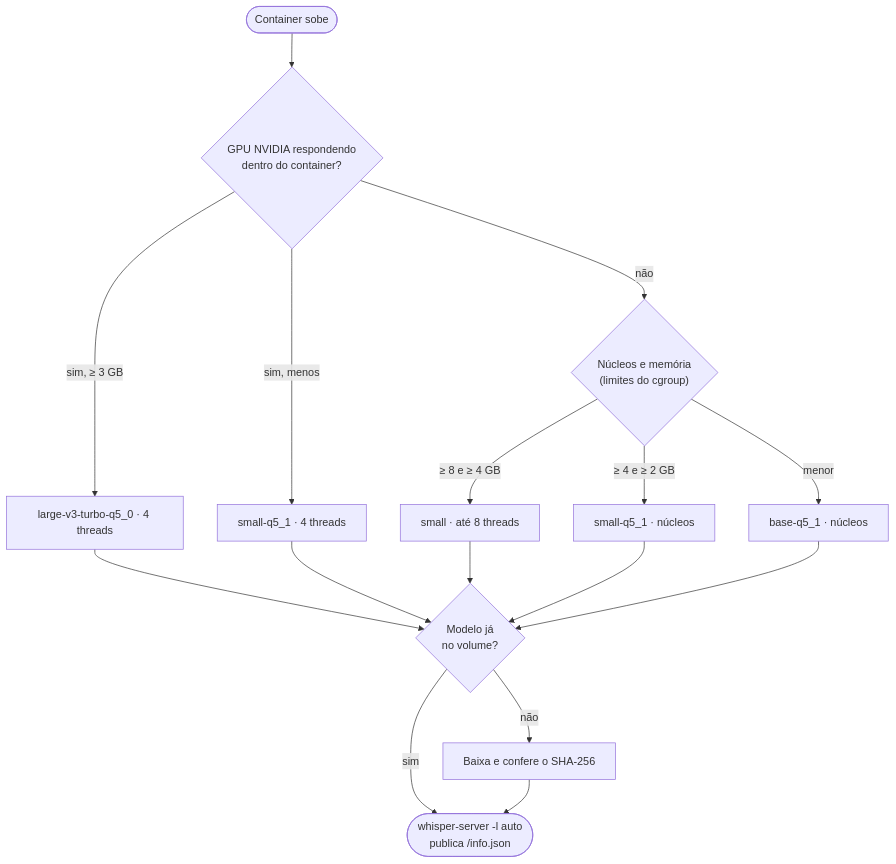
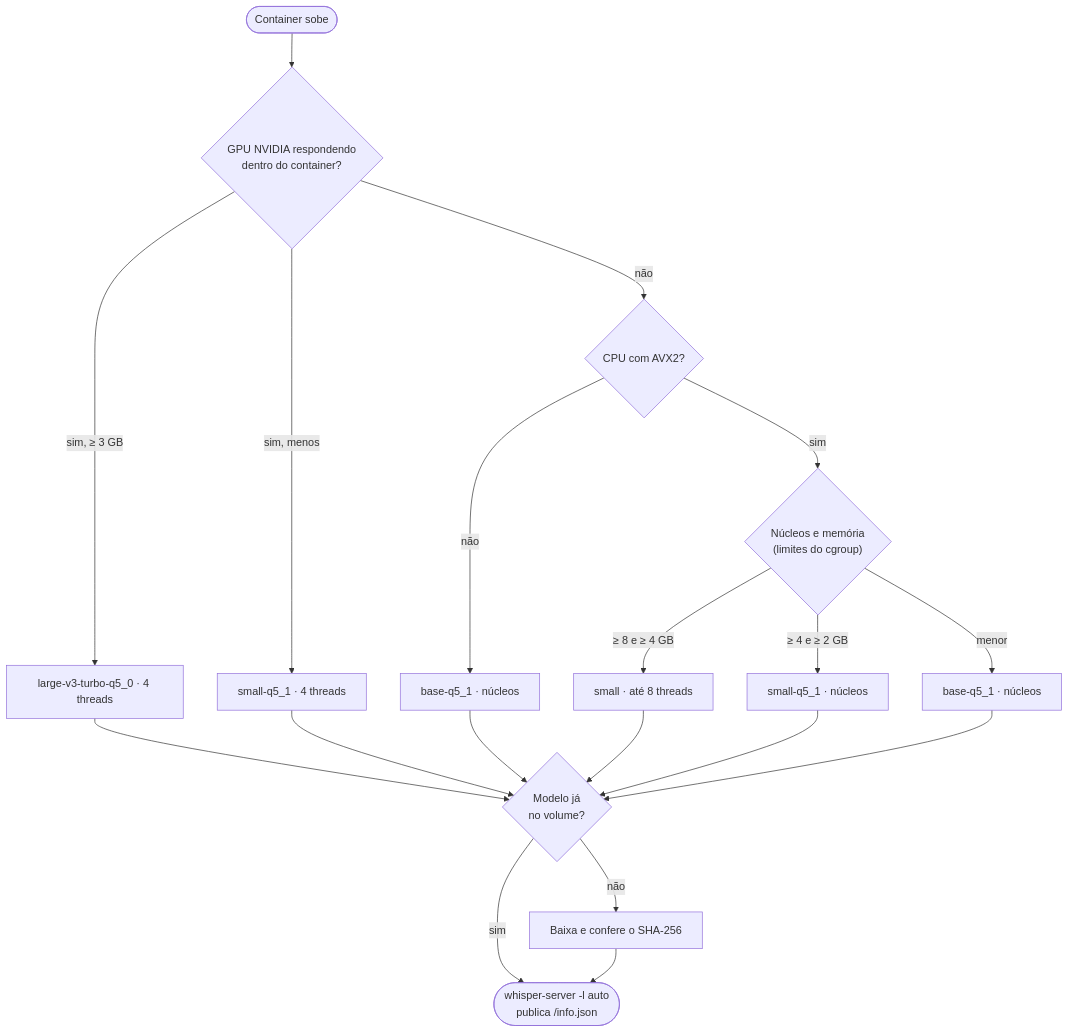
Before and after one commit to allanbarcelos/opentube: the first of 6 diagrams in README.pt.md, drawn with Mermaid. The commit also changed other lines of this file and 6 other files, not shown here.

````diff
--- a/README.pt.md
+++ b/README.pt.md
@@ -190,14 +190,16 @@
   ```mermaid
   flowchart TD
       inicio(["Container sobe"]) --> gpu{"GPU NVIDIA respondendo<br/>dentro do container?"}
       gpu -->|"sim, ≥ 3 GB"| large["large-v3-turbo-q5_0 · 4 threads"]
       gpu -->|"sim, menos"| smallq["small-q5_1 · 4 threads"]
-      gpu -->|não| cpu{"Núcleos e memória<br/>(limites do cgroup)"}
+      gpu -->|não| simd{"CPU com AVX2?"}
+      simd -->|não| base0["base-q5_1 · núcleos"]
+      simd -->|sim| cpu{"Núcleos e memória<br/>(limites do cgroup)"}
       cpu -->|"≥ 8 e ≥ 4 GB"| small["small · até 8 threads"]
       cpu -->|"≥ 4 e ≥ 2 GB"| smallq2["small-q5_1 · núcleos"]
       cpu -->|menor| base["base-q5_1 · núcleos"]
-      large & smallq & small & smallq2 & base --> tem{"Modelo já<br/>no volume?"}
+      large & smallq & base0 & small & smallq2 & base --> tem{"Modelo já<br/>no volume?"}
       tem -->|não| baixa["Baixa e confere o SHA-256"]
       tem -->|sim| roda
       baixa --> roda(["whisper-server -l auto<br/>publica /info.json"])
   ```
````
